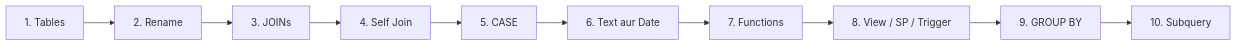
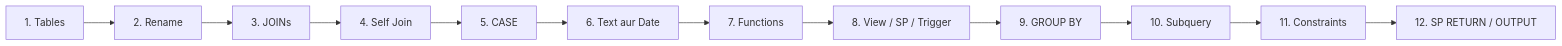
The diagram in README.md (meakashmalik/sqlnotes), drawn with Mermaid before and after one commit. The commit also changed other lines of this file and 6 other files, not shown here.

````diff
--- a/README.md
+++ b/README.md
@@ -22,12 +22,14 @@
 ```mermaid
 flowchart LR
     A[1. Tables] --> B[2. Rename]
     B --> C[3. JOINs]
     C --> D[4. Self Join]
     D --> E[5. CASE]
     E --> F[6. Text aur Date]
     F --> G[7. Functions]
     G --> H[8. View / SP / Trigger]
     H --> I[9. GROUP BY]
     I --> J[10. Subquery]
+    J --> K[11. Constraints]
+    K --> L[12. SP RETURN / OUTPUT]
 ```
````
